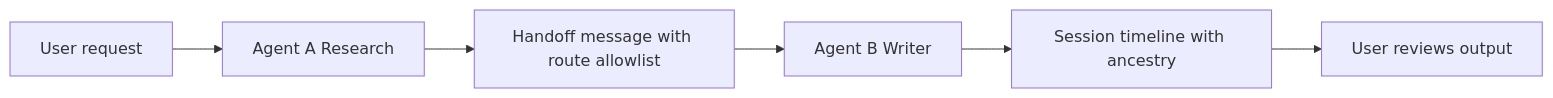
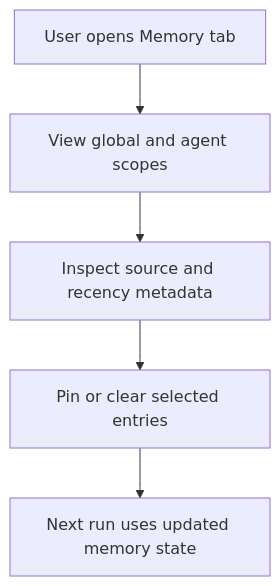
One commit to aran-bitwise/openclaw changed the seventh of 9 diagrams in docs/experiments/plans/flutter-openclaw-user-interactions.md. Above: the diagram before and after it, drawn with Mermaid. The commit also changed other lines of this file and 20 other files, not shown here.

Commit message:
Docs: link milestone 12 implementation plan in roadmap

````diff
--- a/docs/experiments/plans/flutter-openclaw-user-interactions.md
+++ b/docs/experiments/plans/flutter-openclaw-user-interactions.md
@@ -125,8 +194,7 @@
 ```mermaid
-flowchart LR
-    U[User request] --> A[Agent A Research]
-    A --> H[Handoff message with route allowlist]
-    H --> B[Agent B Writer]
-    B --> T[Session timeline with ancestry]
-    T --> U2[User reviews output]
+flowchart TD
+    A[User opens Memory tab] --> B[View global and agent scopes]
+    B --> C[Inspect source and recency metadata]
+    C --> D[Pin or clear selected entries]
+    D --> E[Next run uses updated memory state]
 ```
````
